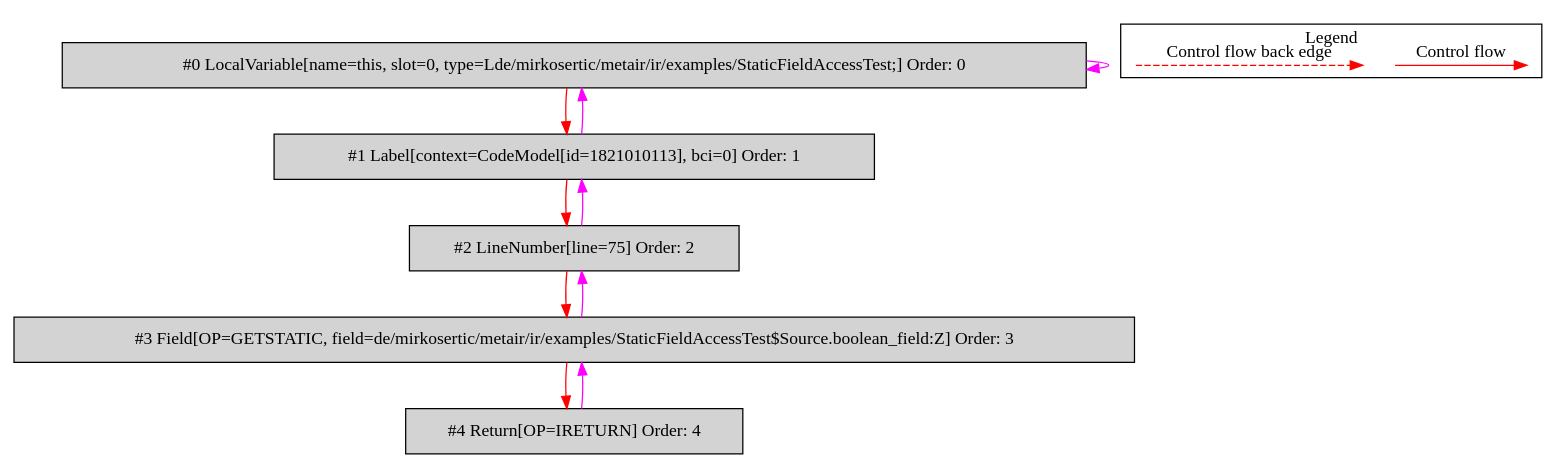
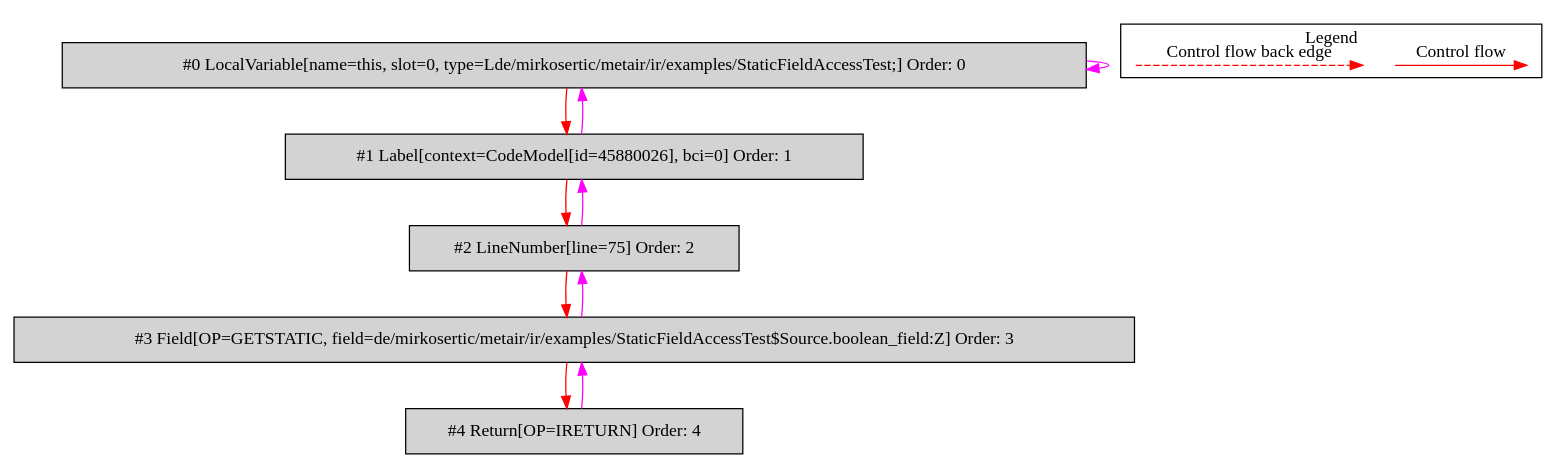
One commit to mirkosertic/MetaIR changed the diagram in de.mirkosertic.metair.ir.examples.StaticFieldAccessTest/return_boolean/bytecodecfg.dot. Above: the diagram before and after it, drawn with Graphviz. The commit also changed 1206 other files, not shown here.

```diff
--- a/de.mirkosertic.metair.ir.examples.StaticFieldAccessTest/return_boolean/bytecodecfg.dot
+++ b/de.mirkosertic.metair.ir.examples.StaticFieldAccessTest/return_boolean/bytecodecfg.dot
@@ -1,31 +1,31 @@
 digraph {
  ordering="in";
  node0[label="#0 LocalVariable[name=this, slot=0, type=Lde/mirkosertic/metair/ir/examples/StaticFieldAccessTest;] Order: 0", shape=box, fillcolor=lightgrey, style=filled];
- node1[label="#1 Label[context=CodeModel[id=1821010113], bci=0] Order: 1", shape=box, fillcolor=lightgrey, style=filled];
+ node1[label="#1 Label[context=CodeModel[id=45880026], bci=0] Order: 1", shape=box, fillcolor=lightgrey, style=filled];
  node2[label="#2 LineNumber[line=75] Order: 2", shape=box, fillcolor=lightgrey, style=filled];
  node3[label="#3 Field[OP=GETSTATIC, field=de/mirkosertic/metair/ir/examples/StaticFieldAccessTest$Source.boolean_field:Z] Order: 3", shape=box, fillcolor=lightgrey, style=filled];
  node4[label="#4 Return[OP=IRETURN] Order: 4", shape=box, fillcolor=lightgrey, style=filled];
  node0 -> node0[color=fuchsia];
  node0 -> node1[color=red];
  node1 -> node0[color=fuchsia];
  node1 -> node2[color=red];
  node2 -> node1[color=fuchsia];
  node2 -> node3[color=red];
  node3 -> node2[color=fuchsia];
  node3 -> node4[color=red];
  node4 -> node3[color=fuchsia];
  subgraph cluster_000 {
   label = "Legend";
   node [shape=point]
   {
    rank=same;
    c0 [style = invis];
    c1 [style = invis];
    c2 [style = invis];
    c3 [style = invis];
   }
   c0 -> c1 [label="Control flow", style=solid, color=red]
   c2 -> c3 [label="Control flow back edge", style=dashed, color=red]
  }
 
 }
```
